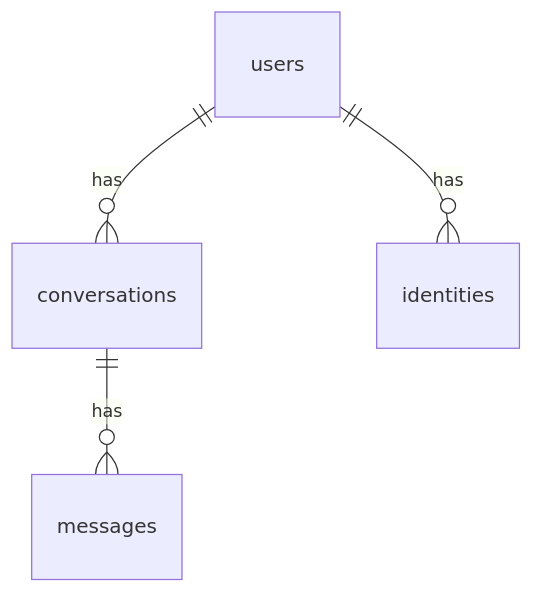
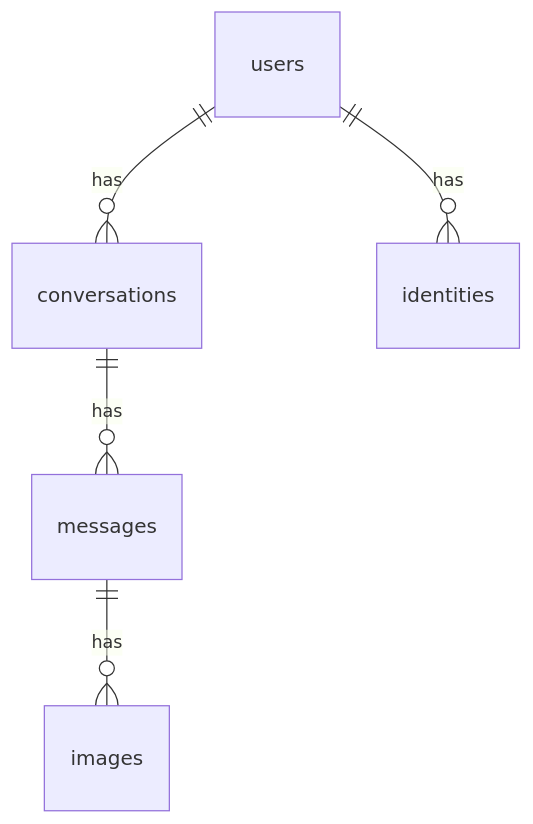
The diagram in docs/generated/db-schema.md (NE-Build-Track/chatlpt-sample-enterprise-app), drawn with Mermaid before and after one commit. The commit also changed other lines of this file and 51 other files, not shown here.

````diff
--- a/docs/generated/db-schema.md
+++ b/docs/generated/db-schema.md
@@ -7,6 +7,7 @@
 ```mermaid
 erDiagram
     users ||--o{ conversations : has
     users ||--o{ identities : has
     conversations ||--o{ messages : has
+    messages ||--o{ images : has
 ```
````
